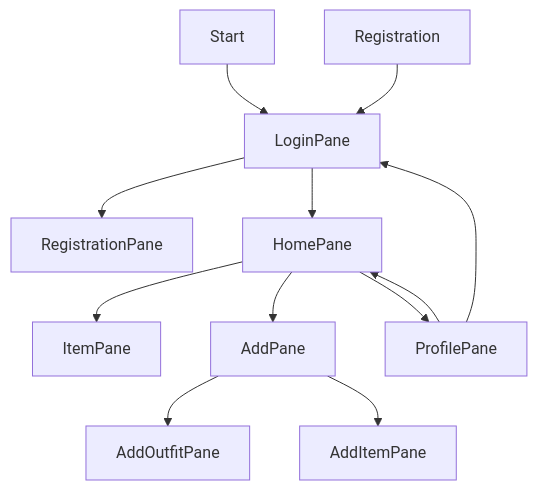
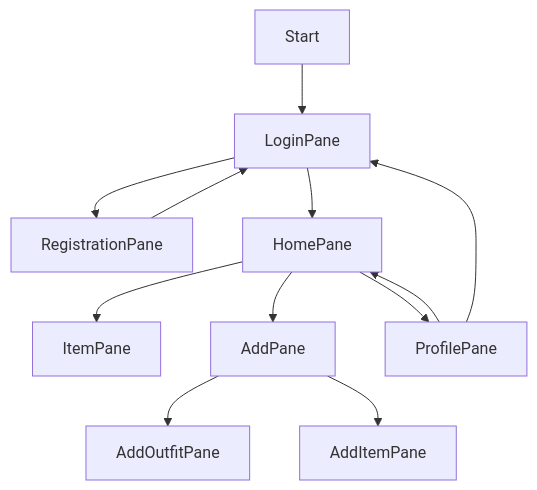
One commit to Programming-Project-2021-22/course-project-irenejosephine changed the first of 4 diagrams in README.md. Above: the diagram before and after it, drawn with Mermaid. The commit also changed other lines of this file, not shown here.

````diff
--- a/README.md
+++ b/README.md
@@ -46,14 +46,14 @@
 ```mermaid
 graph TD;
   Start-->LoginPane;
   LoginPane-->RegistrationPane;
-  Registration-->LoginPane;
+  RegistrationPane-->LoginPane;
   LoginPane-->HomePane;
   HomePane-->ItemPane;
   HomePane-->AddPane;
   AddPane-->AddOutfitPane;
   AddPane-->AddItemPane;
   HomePane-->ProfilePane;
   ProfilePane-->HomePane;
   ProfilePane-->LoginPane;
 ```
````
